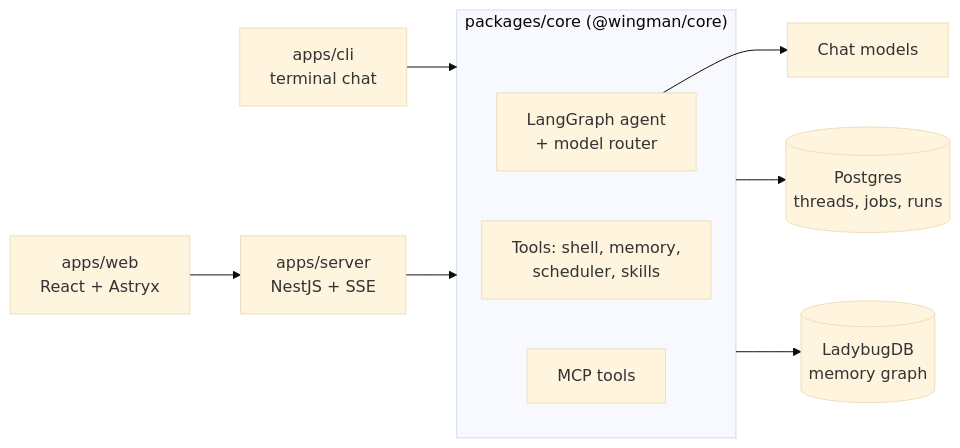
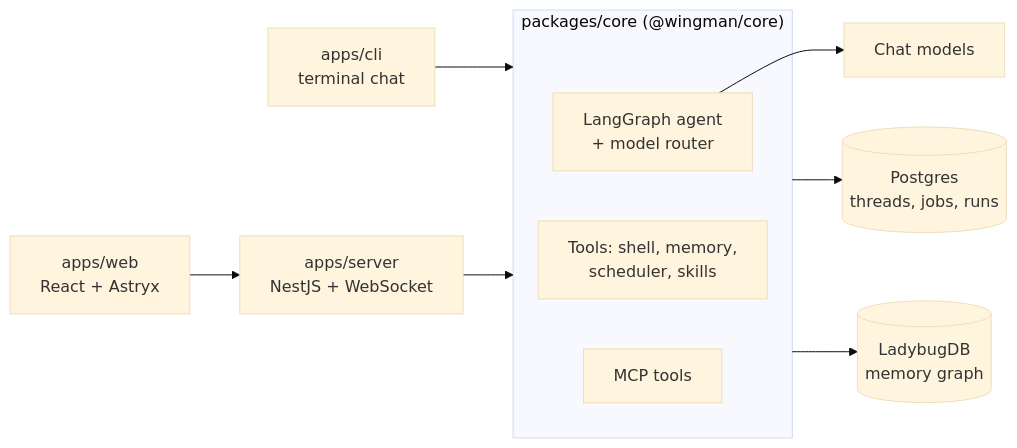
One commit to himansu9805/wingman-harness changed the diagram in README.md. Above: the diagram before and after it, drawn with Mermaid (base theme). The commit also changed other lines of this file and 96 other files, not shown here.

````diff
--- a/README.md
+++ b/README.md
@@ -52,16 +52,16 @@
 ```mermaid
 flowchart LR
     CLI["apps/cli<br/>terminal chat"] --> Core
-    Server["apps/server<br/>NestJS + SSE"] --> Core
+    Server["apps/server<br/>NestJS + WebSocket"] --> Core
     Web["apps/web<br/>React + Astryx"] --> Server
 
     subgraph Core["packages/core (@wingman/core)"]
         Agent["LangGraph agent<br/>+ model router"]
         Tools["Tools: shell, memory,<br/>scheduler, skills"]
         MCP["MCP tools"]
     end
 
     Agent --> Models["Chat models"]
     Core --> PG[("Postgres<br/>threads, jobs, runs")]
     Core --> Graph[("LadybugDB<br/>memory graph")]
 ```
````
